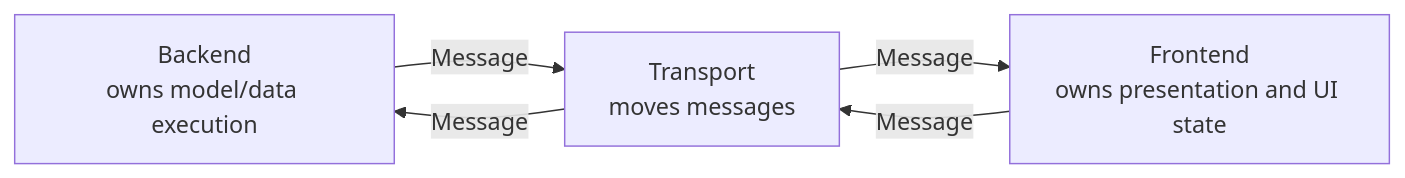
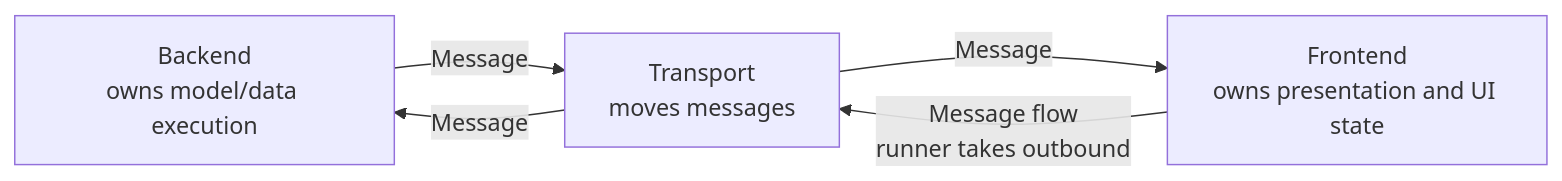
One commit to orrenravid1/CompartmentalNeuronGUI changed the first of 19 diagrams in docs/architecture/design/proposals/backend-transport-frontend-proposal.md. Above: the diagram before and after it, drawn with Mermaid. The commit also changed other lines of this file and 6 other files, not shown here.

````diff
--- a/docs/architecture/design/proposals/backend-transport-frontend-proposal.md
+++ b/docs/architecture/design/proposals/backend-transport-frontend-proposal.md
@@ -75,11 +108,11 @@
 ```mermaid
 flowchart LR
     Backend[Backend<br/>owns model/data execution]
     Transport[Transport<br/>moves messages]
     Frontend[Frontend<br/>owns presentation and UI state]
 
-    Frontend -->|Message| Transport
+    Frontend -->|Message flow<br/>runner takes outbound| Transport
     Transport -->|Message| Backend
     Backend -->|Message| Transport
     Transport -->|Message| Frontend
 ```
````
